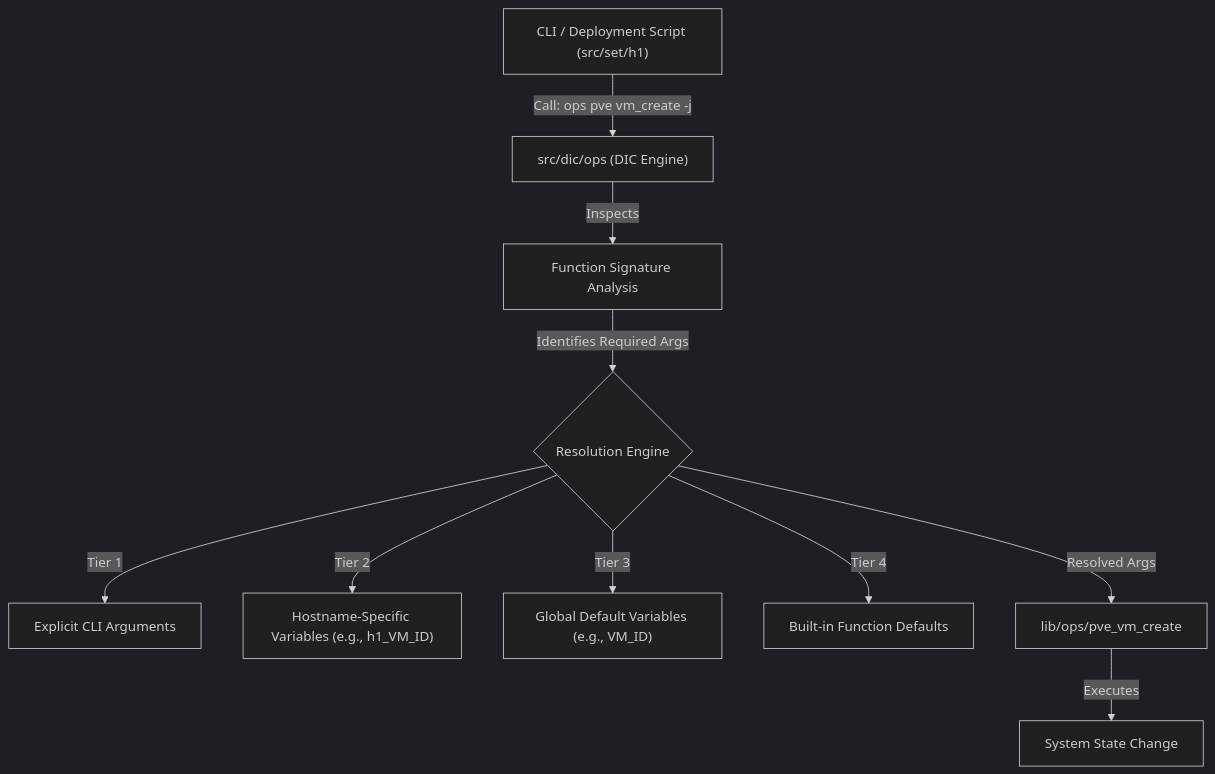
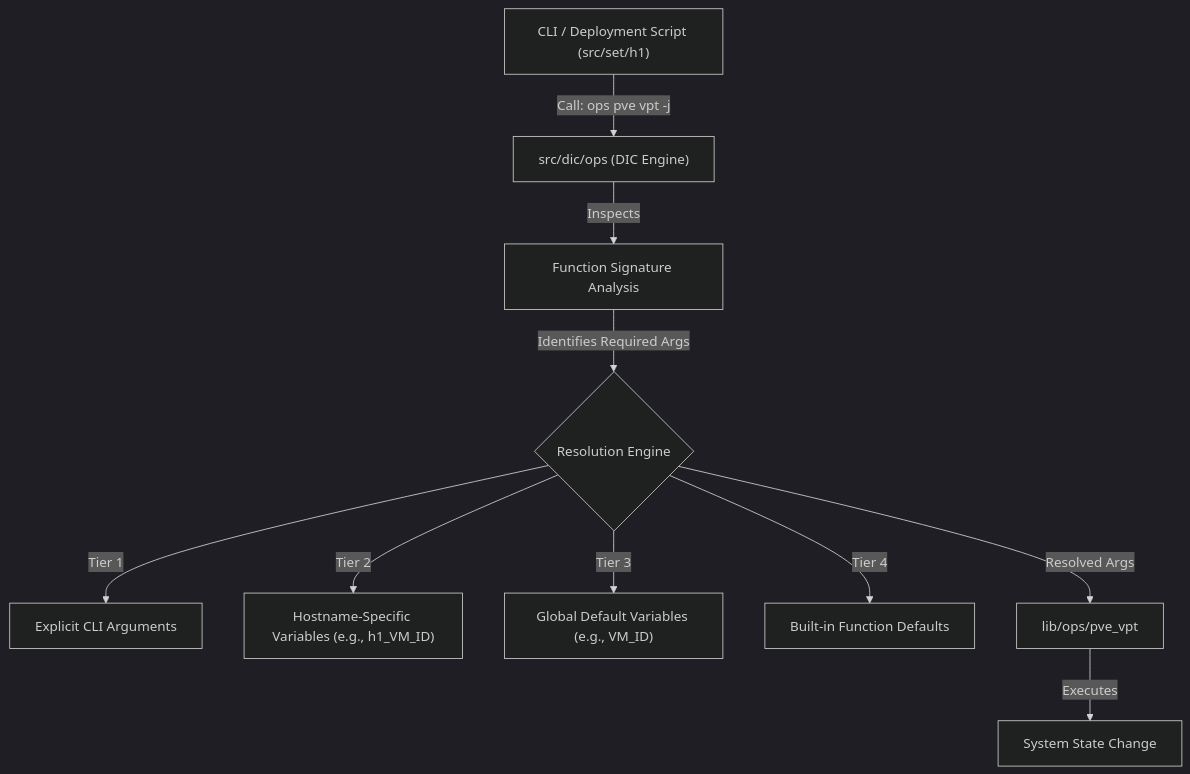
The diagram in doc/arc/04-dependency-injection.md (woeiru/lab), drawn with Mermaid (dark theme) before and after one commit. The commit also changed other lines of this file and 6 other files, not shown here.

````diff
--- a/doc/arc/04-dependency-injection.md
+++ b/doc/arc/04-dependency-injection.md
@@ -15,12 +15,12 @@
 ```mermaid
 graph TD
-    A["CLI / Deployment Script (src/set/h1)"] -->|Call: ops pve vm_create -j| B["src/dic/ops (DIC Engine)"]
+    A["CLI / Deployment Script (src/set/h1)"] -->|Call: ops pve vpt -j| B["src/dic/ops (DIC Engine)"]
     B -->|Inspects| C["Function Signature Analysis"]
     C -->|Identifies Required Args| D{"Resolution Engine"}
     D -->|Tier 1| E["Explicit CLI Arguments"]
     D -->|Tier 2| F["Hostname-Specific Variables (e.g., h1_VM_ID)"]
     D -->|Tier 3| G["Global Default Variables (e.g., VM_ID)"]
     D -->|Tier 4| H["Built-in Function Defaults"]
-    D -->|Resolved Args| I["lib/ops/pve_vm_create"]
+    D -->|Resolved Args| I["lib/ops/pve_vpt"]
     I -->|Executes| J["System State Change"]
 ```
````
